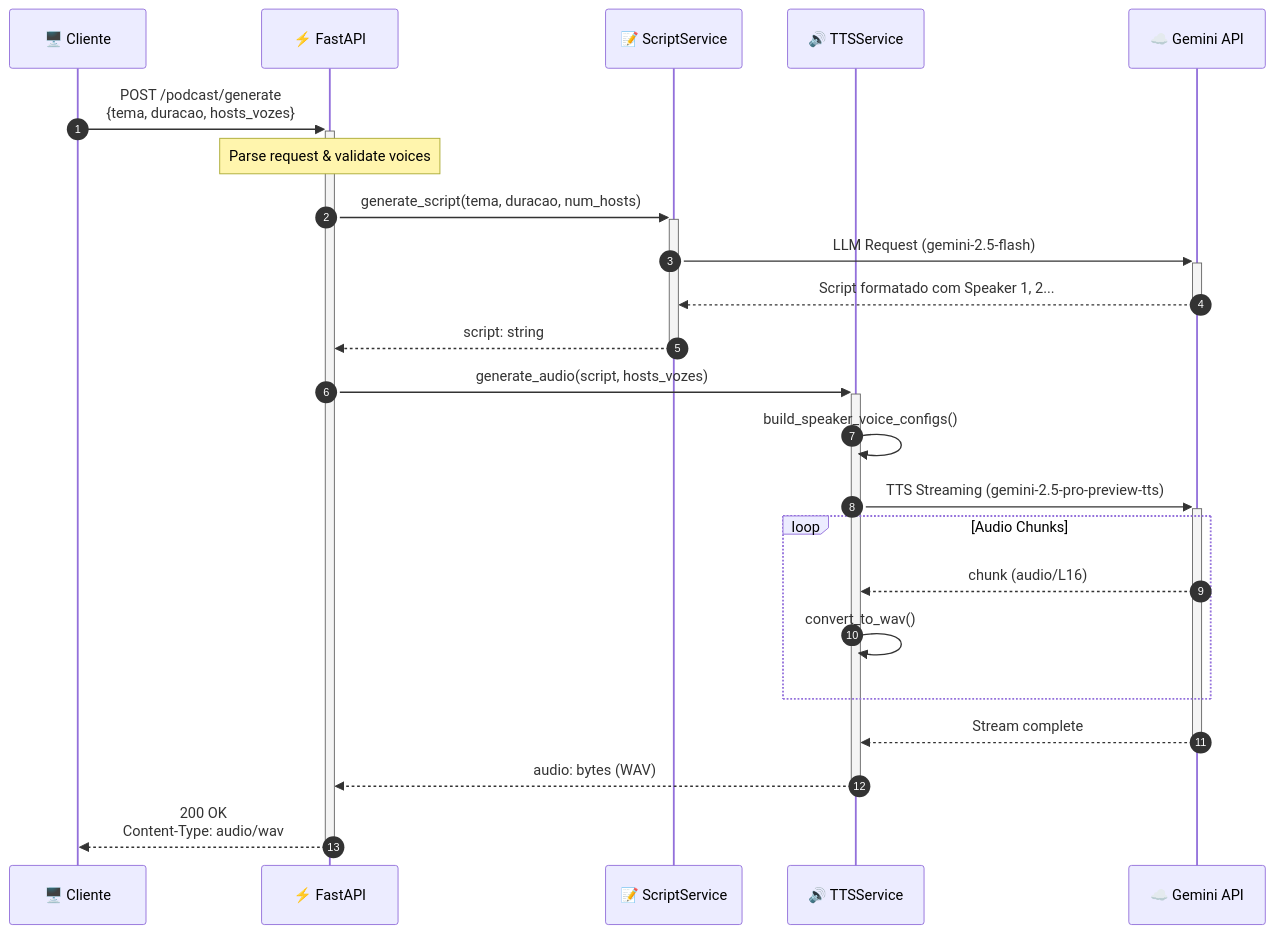
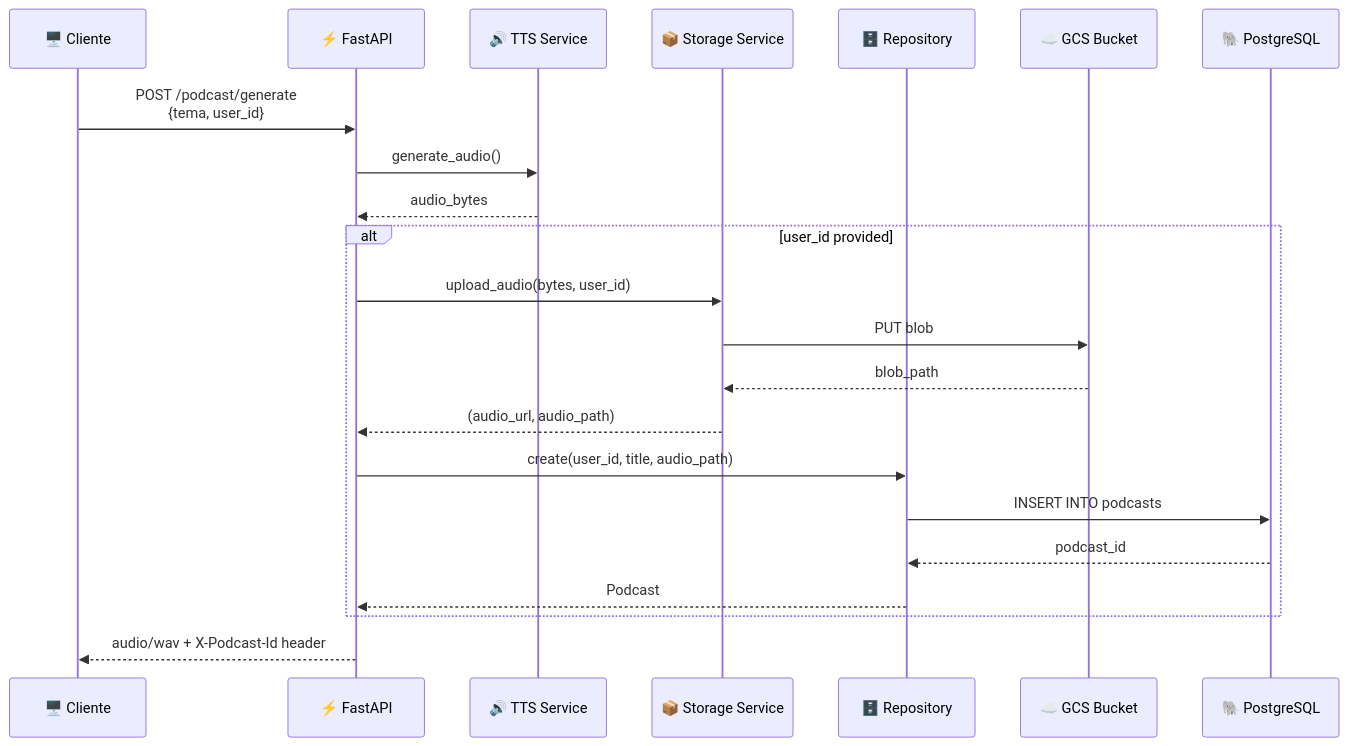
One commit to Lucas-Salomao/podcast-api-tts changed the fourth of 7 diagrams in README.md. Above: the diagram before and after it, drawn with Mermaid. The commit also changed other lines of this file, not shown here.

Commit message:
docs: Update README to document the new GCP Cloud Storage and PostgreSQL persistence, along with updated features and architecture, replacing previous flow diagrams.

````diff
--- a/README.md
+++ b/README.md
@@ -237,32 +215,28 @@
 ```mermaid
 sequenceDiagram
-    autonumber
     participant Client as 🖥️ Cliente
     participant API as ⚡ FastAPI
-    participant Script as 📝 ScriptService
-    participant TTS as 🔊 TTSService
-    participant Gemini as ☁️ Gemini API
+    participant TTS as 🔊 TTS Service
+    participant Storage as 📦 Storage Service
+    participant Repo as 🗄️ Repository
+    participant GCS as ☁️ GCS Bucket
+    participant DB as 🐘 PostgreSQL
 
-    Client->>+API: POST /podcast/generate<br/>{tema, duracao, hosts_vozes}
+    Client->>API: POST /podcast/generate<br/>{tema, user_id}
+    API->>TTS: generate_audio()
+    TTS-->>API: audio_bytes
     
-    Note over API: Parse request & validate voices
-    
-    API->>+Script: generate_script(tema, duracao, num_hosts)
-    Script->>+Gemini: LLM Request (gemini-2.5-flash)
-    Gemini-->>-Script: Script formatado com Speaker 1, 2...
-    Script-->>-API: script: string
-    
-    API->>+TTS: generate_audio(script, hosts_vozes)
-    TTS->>TTS: build_speaker_voice_configs()
-    TTS->>+Gemini: TTS Streaming (gemini-2.5-pro-preview-tts)
-    
-    loop Audio Chunks
-        Gemini-->>TTS: chunk (audio/L16)
-        TTS->>TTS: convert_to_wav()
+    alt user_id provided
+        API->>Storage: upload_audio(bytes, user_id)
+        Storage->>GCS: PUT blob
+        GCS-->>Storage: blob_path
+        Storage-->>API: (audio_url, audio_path)
+        
+        API->>Repo: create(user_id, title, audio_path)
+        Repo->>DB: INSERT INTO podcasts
+        DB-->>Repo: podcast_id
+        Repo-->>API: Podcast
     end
     
-    Gemini-->>-TTS: Stream complete
-    TTS-->>-API: audio: bytes (WAV)
-    
-    API-->>-Client: 200 OK<br/>Content-Type: audio/wav
+    API-->>Client: audio/wav + X-Podcast-Id header
 ```
````
